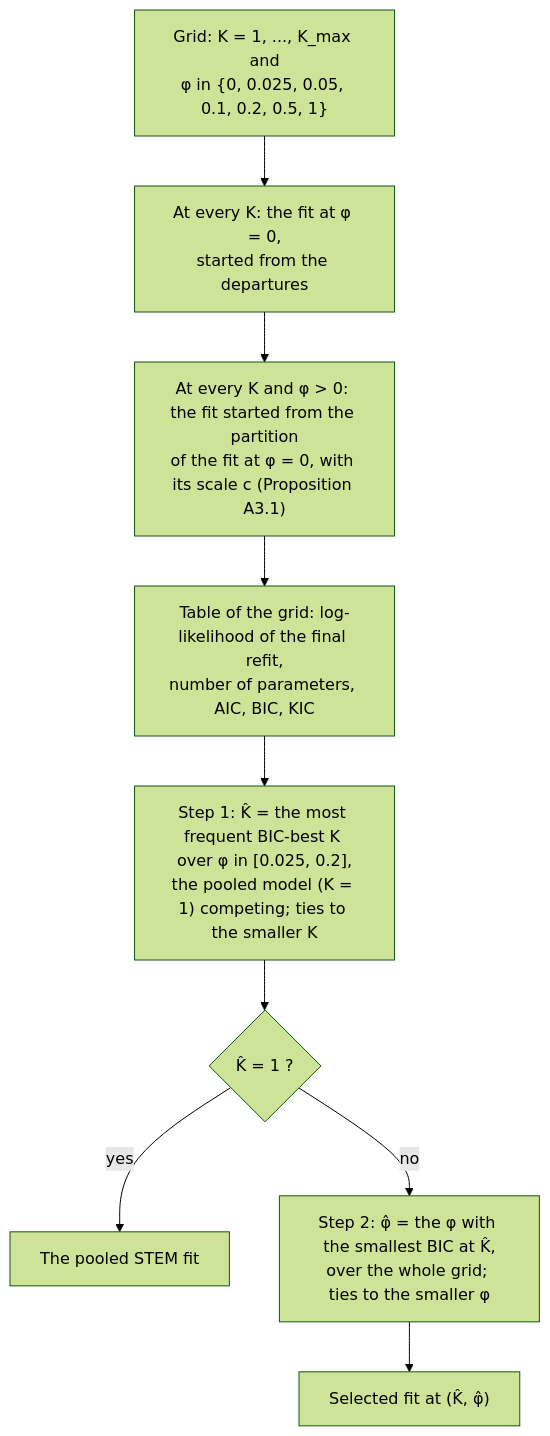
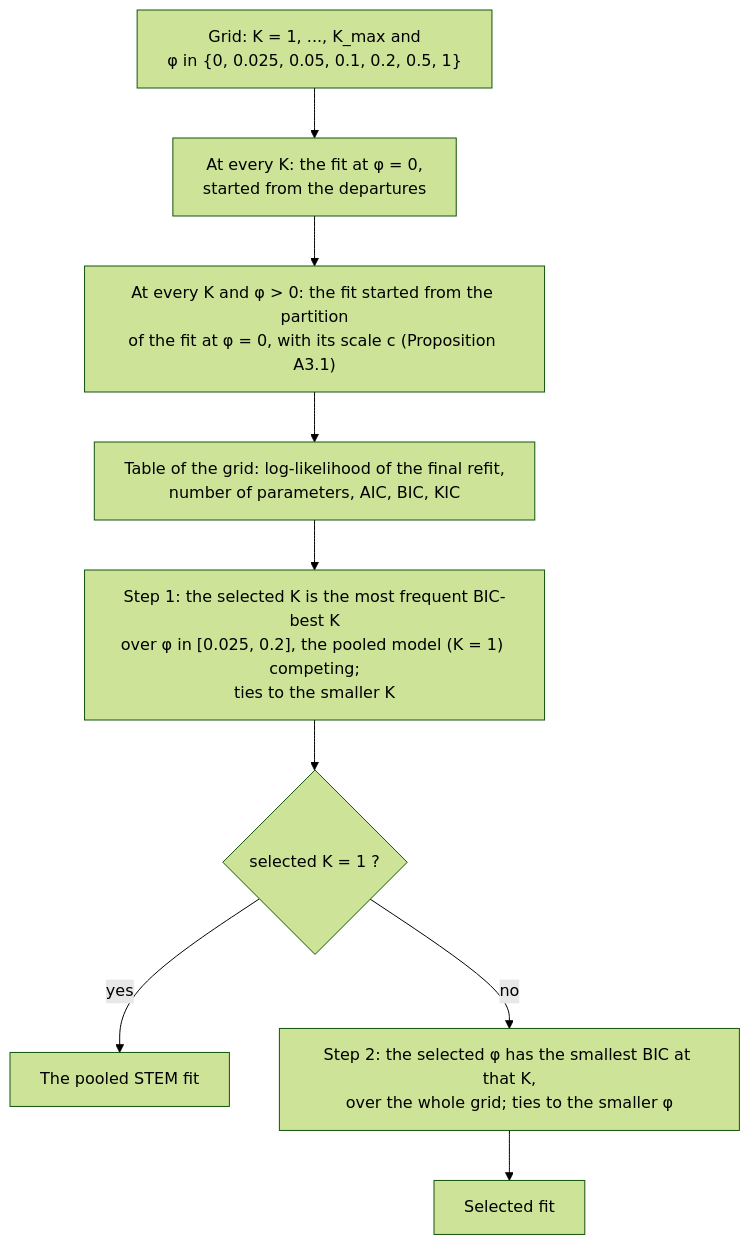
Before and after one commit to PaoloMaranzano/Stem: the fifth of 6 diagrams in docs/computational-aspects.md, drawn with Mermaid (forest theme). The commit also changed other lines of this file and 4 other files, not shown here.

````diff
--- a/docs/computational-aspects.md
+++ b/docs/computational-aspects.md
@@ -874,11 +878,12 @@
 ```mermaid
+%%{init: {"flowchart": {"wrappingWidth": 400}}}%%
 flowchart TD
     G["Grid: K = 1, ..., K_max and<br/>φ in {0, 0.025, 0.05, 0.1, 0.2, 0.5, 1}"] --> F0["At every K: the fit at φ = 0,<br/>started from the departures"]
     F0 --> FP["At every K and φ > 0: the fit started from the partition<br/>of the fit at φ = 0, with its scale c (Proposition A3.1)"]
     FP --> TB["Table of the grid: log-likelihood of the final refit,<br/>number of parameters, AIC, BIC, KIC"]
-    TB --> S1["Step 1: K̂ = the most frequent BIC-best K over φ in [0.025, 0.2],<br/>the pooled model (K = 1) competing; ties to the smaller K"]
-    S1 --> K1{"K̂ = 1 ?"}
+    TB --> S1["Step 1: the selected K is the most frequent BIC-best K<br/>over φ in [0.025, 0.2], the pooled model (K = 1) competing;<br/>ties to the smaller K"]
+    S1 --> K1{"selected K = 1 ?"}
     K1 -->|"yes"| PO["The pooled STEM fit"]
-    K1 -->|"no"| S2["Step 2: φ̂ = the φ with the smallest BIC at K̂,<br/>over the whole grid; ties to the smaller φ"]
-    S2 --> SF["Selected fit at (K̂, φ̂)"]
+    K1 -->|"no"| S2["Step 2: the selected φ has the smallest BIC at that K,<br/>over the whole grid; ties to the smaller φ"]
+    S2 --> SF["Selected fit"]
 ```
````
